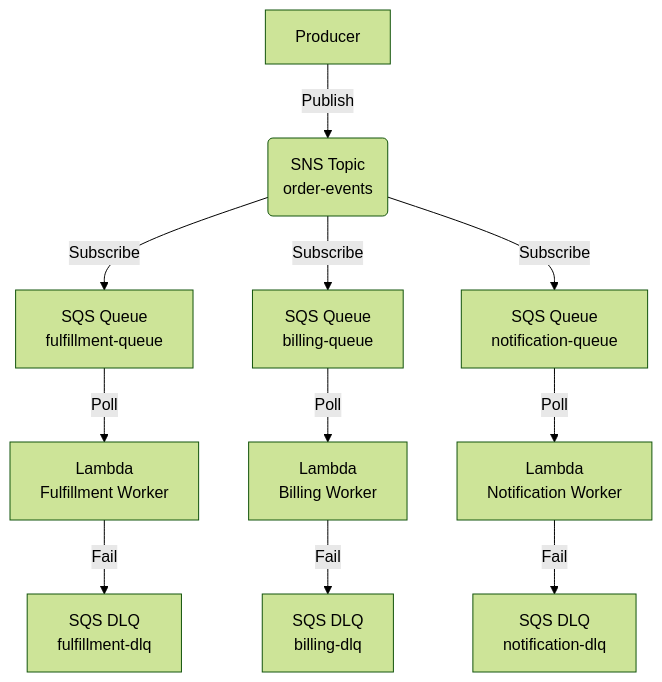
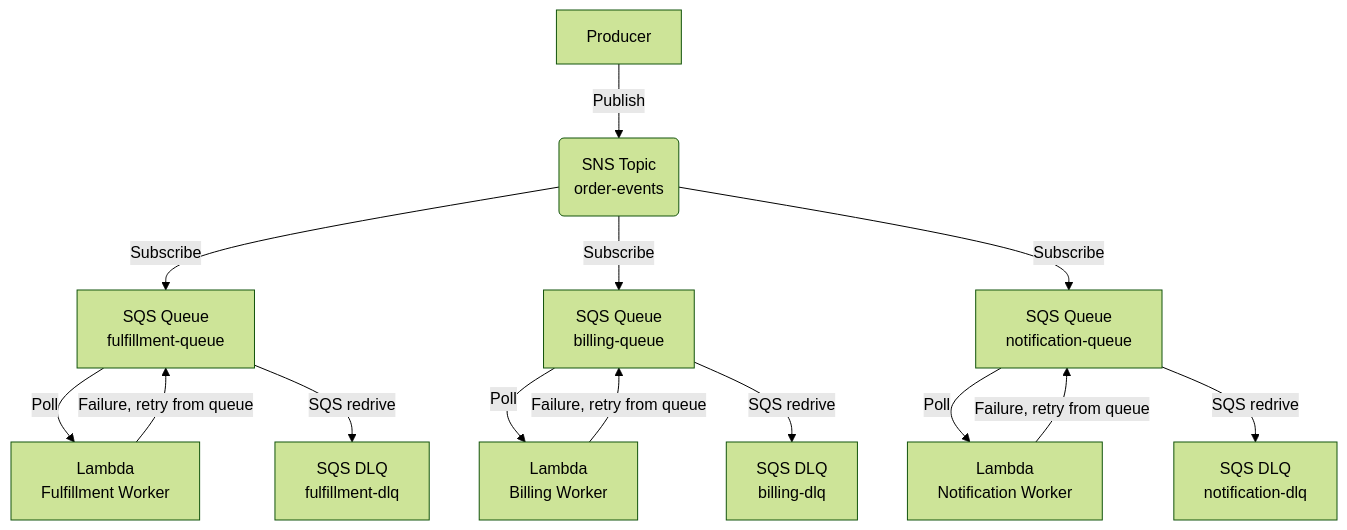
The fourth of 7 diagrams in Design/01-event-driven-patterns.md (AlexanderBesss/AWS_best_praactices), drawn with Mermaid (forest theme) before and after one commit. The commit also changed other lines of this file and 31 other files, not shown here.

````diff
--- a/Design/01-event-driven-patterns.md
+++ b/Design/01-event-driven-patterns.md
@@ -208,16 +197,19 @@
 ```mermaid
 graph TB
     A[Producer] -->|Publish| B(SNS Topic<br/>order-events)
     
     B -->|Subscribe| C1[SQS Queue<br/>fulfillment-queue]
     B -->|Subscribe| C2[SQS Queue<br/>billing-queue]
     B -->|Subscribe| C3[SQS Queue<br/>notification-queue]
     
     C1 -->|Poll| D1[Lambda<br/>Fulfillment Worker]
     C2 -->|Poll| D2[Lambda<br/>Billing Worker]
     C3 -->|Poll| D3[Lambda<br/>Notification Worker]
     
-    D1 -->|Fail| E1[SQS DLQ<br/>fulfillment-dlq]
-    D2 -->|Fail| E2[SQS DLQ<br/>billing-dlq]
-    D3 -->|Fail| E3[SQS DLQ<br/>notification-dlq]
+    D1 -->|Failure, retry from queue| C1
+    D2 -->|Failure, retry from queue| C2
+    D3 -->|Failure, retry from queue| C3
+    C1 -->|SQS redrive| E1[SQS DLQ<br/>fulfillment-dlq]
+    C2 -->|SQS redrive| E2[SQS DLQ<br/>billing-dlq]
+    C3 -->|SQS redrive| E3[SQS DLQ<br/>notification-dlq]
 ```
````
